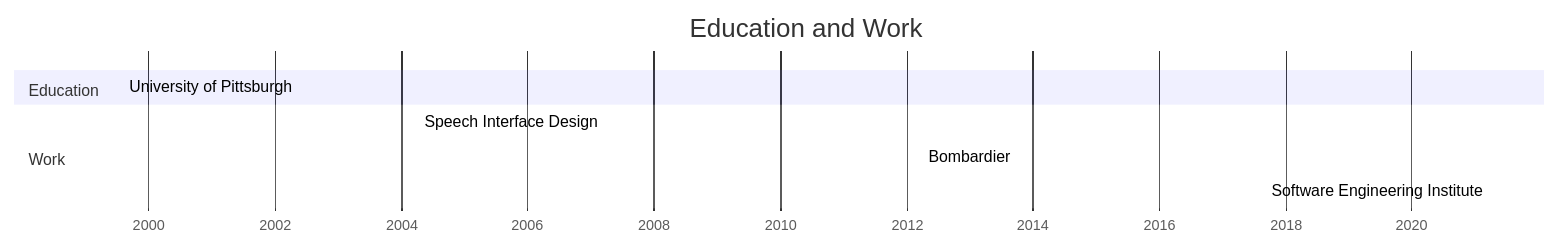
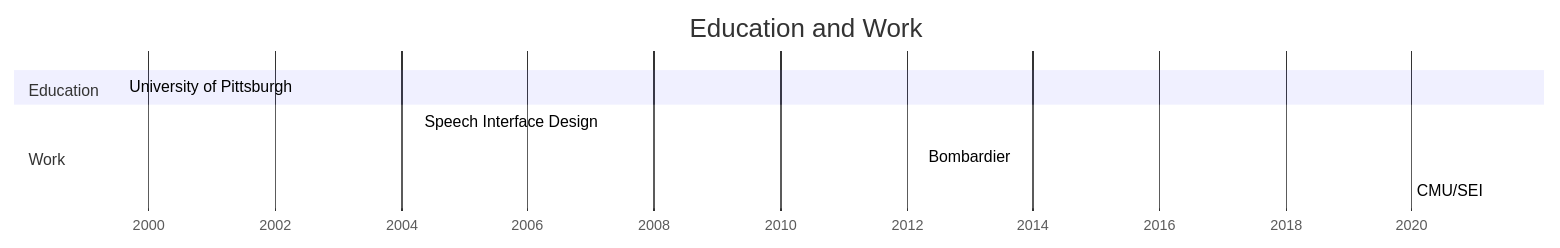
One commit to scottsync/scottsync changed the diagram in README.md. Above: the diagram before and after it, drawn with Mermaid.

Commit message:
minor update

````diff
--- a/README.md
+++ b/README.md
@@ -1,14 +1,12 @@
 ```mermaid
 gantt
-
-
     axisFormat %Y
     title       Education and Work
     section Education
     University of Pittsburgh  :active, 1999-08-01,2004-01-01
 
     section Work
     Speech Interface Design :active, 2004-04-01,2012-04-01
     Bombardier              :active, 2012-04-01,2021-04-01
-    Software Engineering Institute :critical, 2021-04-01,2022-08-24
+    CMU/SEI :active, 2021-04-01,2022-08-24
 ```
````
